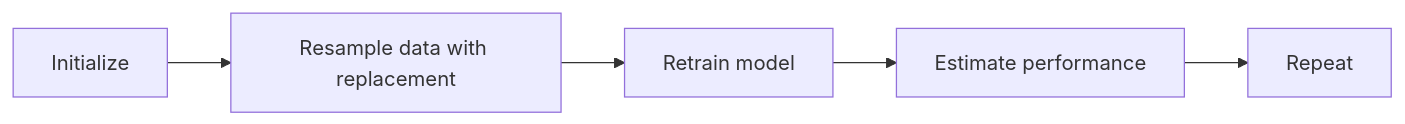
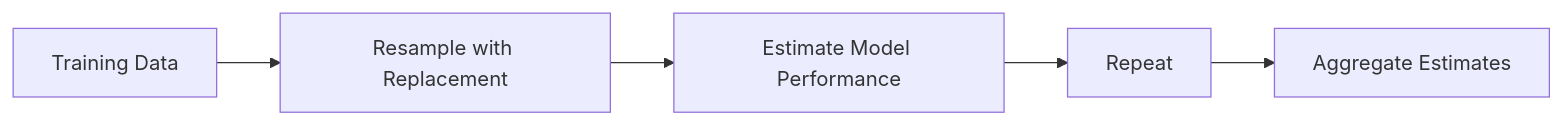
One commit to blebleblee/synapse changed the first of 3 diagrams in topics/computing/ai/foundations_of_ml/04_model_evaluation_and_cross_validation/lesson_04_advanced_evaluation_strategies.md. Above: the diagram before and after it, drawn with Mermaid. The commit also changed other lines of this file and 4 other files, not shown here.

````diff
--- a/topics/computing/ai/foundations_of_ml/04_model_evaluation_and_cross_validation/lesson_04_advanced_evaluation_strategies.md
+++ b/topics/computing/ai/foundations_of_ml/04_model_evaluation_and_cross_validation/lesson_04_advanced_evaluation_strategies.md
@@ -15,7 +17,7 @@
 ```mermaid
 graph LR
-    A[Initialize] --> B[Resample data with replacement]
-    B --> C[Retrain model]
-    C --> D[Estimate performance]
-    D --> E[Repeat]
+    A["Training Data"] --> B["Resample with Replacement"]
+    B --> C["Estimate Model Performance"]
+    C --> D["Repeat"]
+    D --> E["Aggregate Estimates"]
 ```
````
